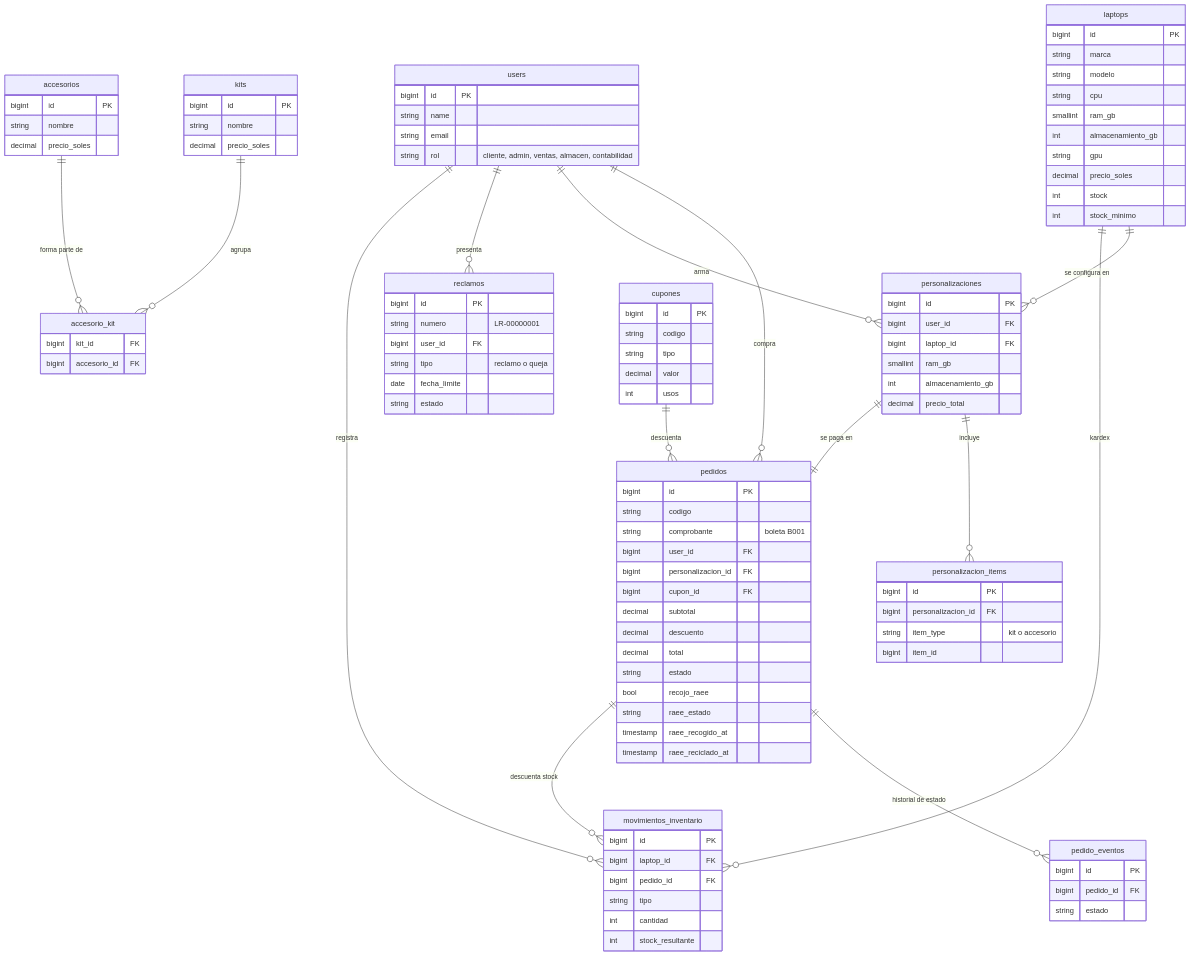
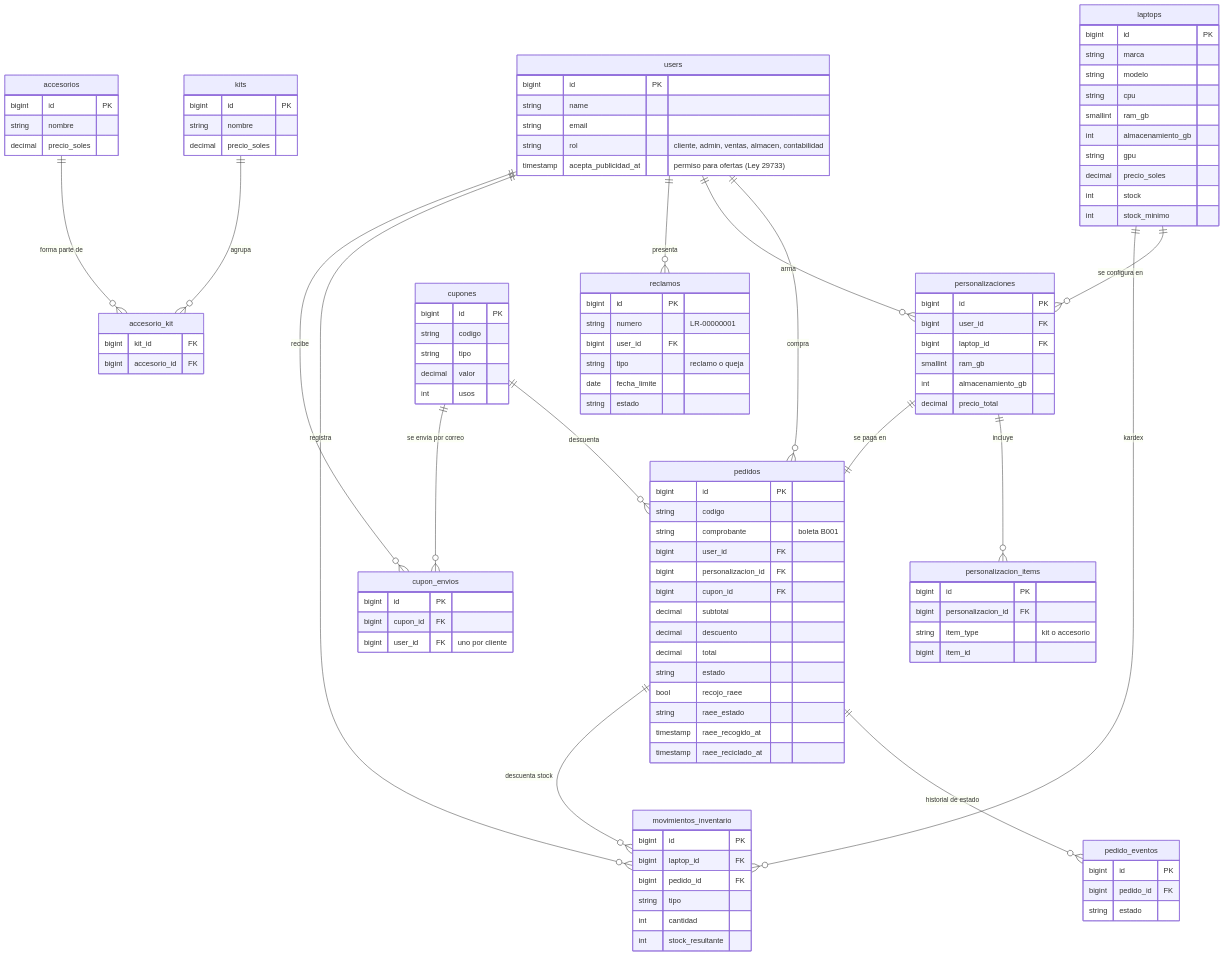
Before and after one commit to Jackortega922/IngeTech-AI: the first of 3 diagrams in docs/arquitectura/modelo-datos.md, drawn with Mermaid. The commit also changed other lines of this file and 25 other files, not shown here.

First line of the commit message:
feat: enviar cupones por correo solo a quienes aceptan ofertas

```diff
--- a/docs/arquitectura/modelo-datos.md
+++ b/docs/arquitectura/modelo-datos.md
@@ -42,12 +42,20 @@
     pedidos ||--o{ pedido_eventos : "historial de estado"
     pedidos ||--o{ movimientos_inventario : "descuenta stock"
     cupones ||--o{ pedidos : "descuenta"
+    cupones ||--o{ cupon_envios : "se envía por correo"
+    users ||--o{ cupon_envios : "recibe"
 
     users {
         bigint id PK
         string name
         string email
         string rol "cliente, admin, ventas, almacen, contabilidad"
+        timestamp acepta_publicidad_at "permiso para ofertas (Ley 29733)"
+    }
+    cupon_envios {
+        bigint id PK
+        bigint cupon_id FK
+        bigint user_id FK "uno por cliente"
     }
     laptops {
         bigint id PK
```
